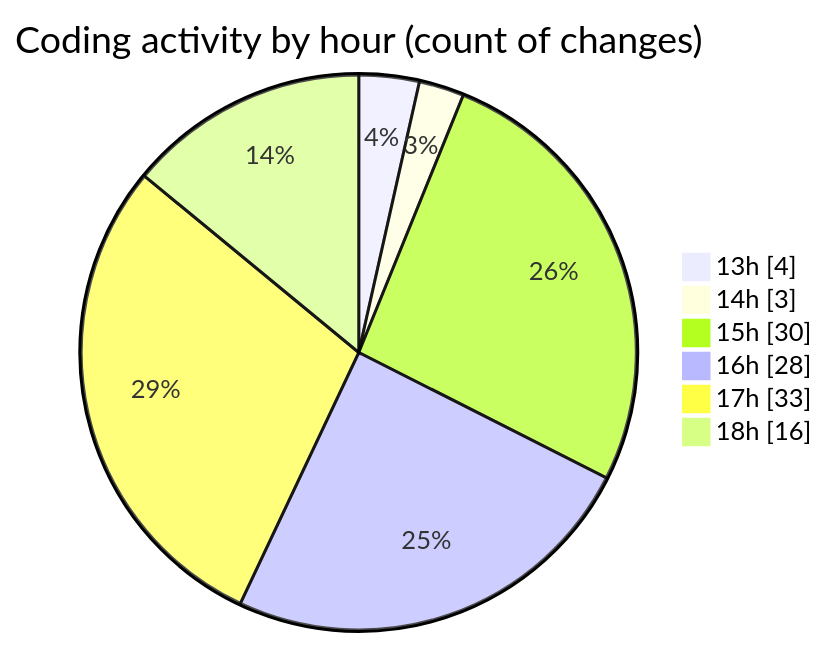
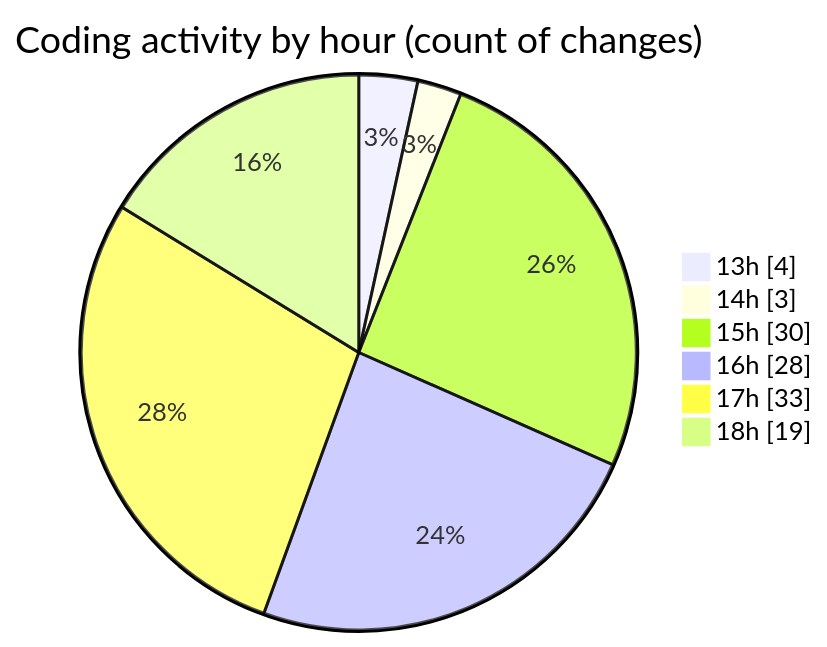
One commit to EIIisD/code-tracking changed the second of 2 diagrams in 2025-08-11/ribbon/README.md. Above: the diagram before and after it, drawn with Mermaid. The commit also changed other lines of this file and 1 other file, not shown here.

````diff
--- a/2025-08-11/ribbon/README.md
+++ b/2025-08-11/ribbon/README.md
@@ -52,10 +52,10 @@
 ```mermaid
 pie showData
 title Coding activity by hour (count of changes)
 "13h" : 4
 "14h" : 3
 "15h" : 30
 "16h" : 28
 "17h" : 33
-"18h" : 16
+"18h" : 19
 ```
````
